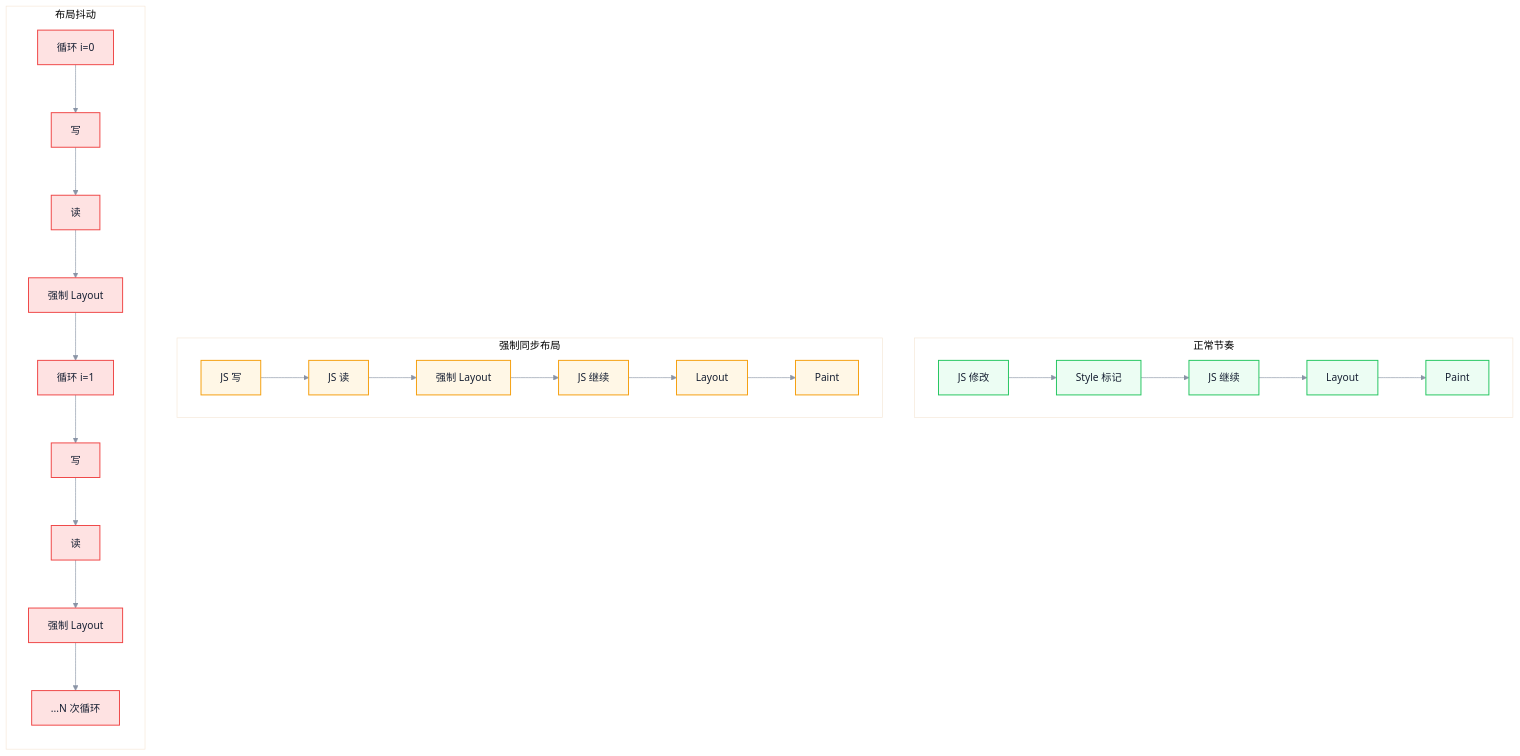
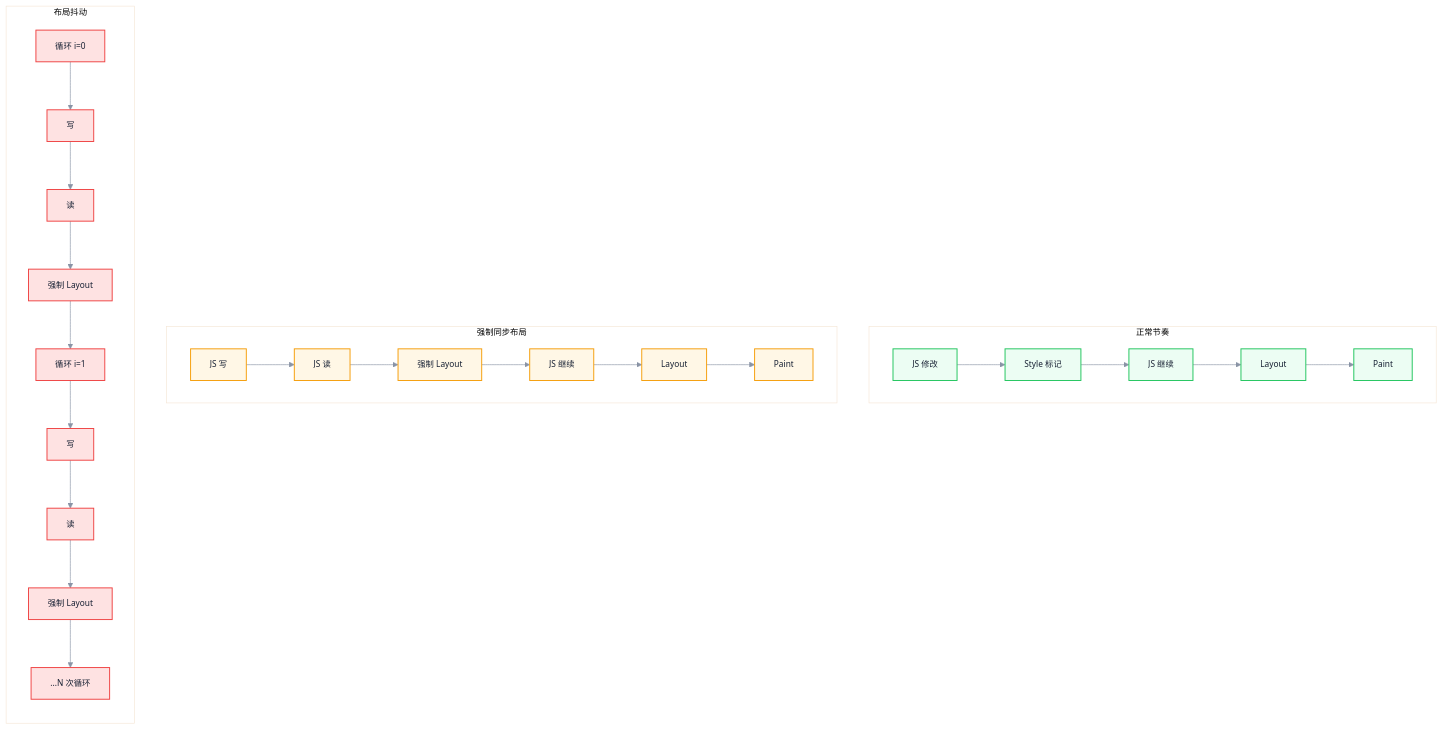
The first of 2 diagrams in docs/browser/layout-thrashing.md (Fatejian/frontier-vault), drawn with Mermaid before and after one commit. The commit also changed other lines of this file and 37 other files, not shown here.

````diff
--- a/docs/browser/layout-thrashing.md
+++ b/docs/browser/layout-thrashing.md
@@ -88,43 +88,43 @@
 ```mermaid
-%%{init: {'theme': 'base', 'themeVariables': { 'fontFamily': 'Inter, PingFang SC, Microsoft YaHei, sans-serif', 'primaryColor': '#EEF6FF', 'primaryTextColor': '#172033', 'primaryBorderColor': '#6EA8FE', 'lineColor': '#8A94A6'}}}%%
+%%{init: {'theme': 'base', 'themeVariables': { 'fontFamily': 'Inter, PingFang SC, Microsoft YaHei, sans-serif', 'primaryColor': '#EEF6FF', 'fontSize': '13px', 'primaryTextColor': '#172033', 'primaryBorderColor': '#6EA8FE', 'lineColor': '#8A94A6'}}}%%
 flowchart TB
     subgraph Normal[正常节奏]
         direction LR
         N1[JS 修改] --> N2[Style 标记]
         N2 --> N3[JS 继续]
         N3 --> N4[Layout]
         N4 --> N5[Paint]
     end
 
     subgraph FSL[强制同步布局]
         direction LR
         F1[JS 写] --> F2[JS 读]
         F2 --> F3[强制 Layout]
         F3 --> F4[JS 继续]
         F4 --> F5[Layout]
         F5 --> F6[Paint]
     end
 
     subgraph Thrashing[布局抖动]
         direction TB
         T1["循环 i=0"]
         T2[写]
         T3[读]
         T4[强制 Layout]
         T5["循环 i=1"]
         T6[写]
         T7[读]
         T8[强制 Layout]
         T9[...N 次循环]
 
         T1 --> T2 --> T3 --> T4 --> T5 --> T6 --> T7 --> T8 --> T9
     end
 
     classDef normal fill:#ECFDF3,stroke:#22C55E,color:#172033,stroke-width:1.5px;
     classDef fsl fill:#FFF7E6,stroke:#F59E0B,color:#172033,stroke-width:1.5px;
     classDef thrash fill:#FEE2E2,stroke:#EF4444,color:#172033,stroke-width:1.5px;
 
     class N1,N2,N3,N4,N5 normal;
     class F1,F2,F3,F4,F5,F6 fsl;
     class T1,T2,T3,T4,T5,T6,T7,T8,T9 thrash;
 ```
````
